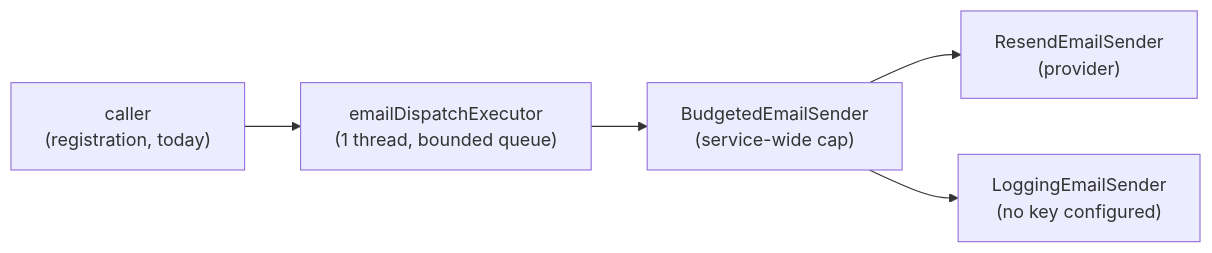
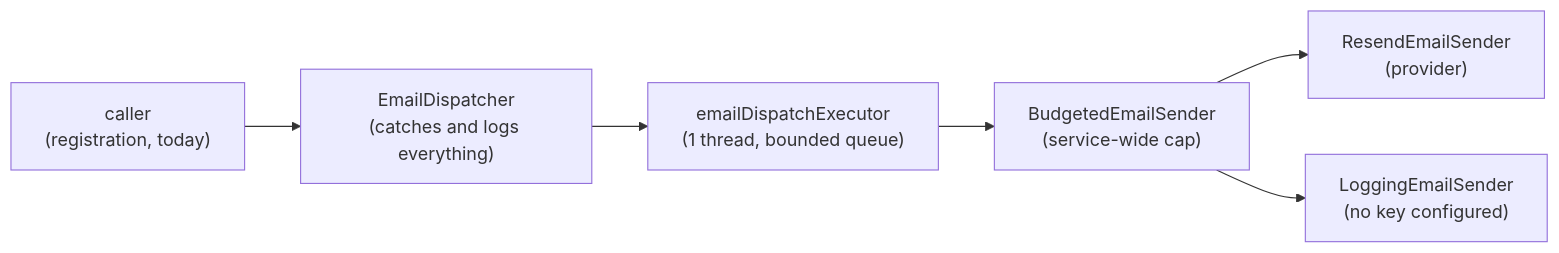
The diagram in docs/references/000003-outbound-email.md (Zarlania/zarlania-api), drawn with Mermaid before and after one commit. The commit also changed other lines of this file and 5 other files, not shown here.

````diff
--- a/docs/references/000003-outbound-email.md
+++ b/docs/references/000003-outbound-email.md
@@ -38,12 +38,13 @@
 ```mermaid
 flowchart LR
   caller["caller\n(registration, today)"]
+  dispatcher["EmailDispatcher\n(catches and logs everything)"]
   executor["emailDispatchExecutor\n(1 thread, bounded queue)"]
   budget["BudgetedEmailSender\n(service-wide cap)"]
   resend["ResendEmailSender\n(provider)"]
   logging["LoggingEmailSender\n(no key configured)"]
 
-  caller --> executor --> budget
+  caller --> dispatcher --> executor --> budget
   budget --> resend
   budget --> logging
 ```
````
